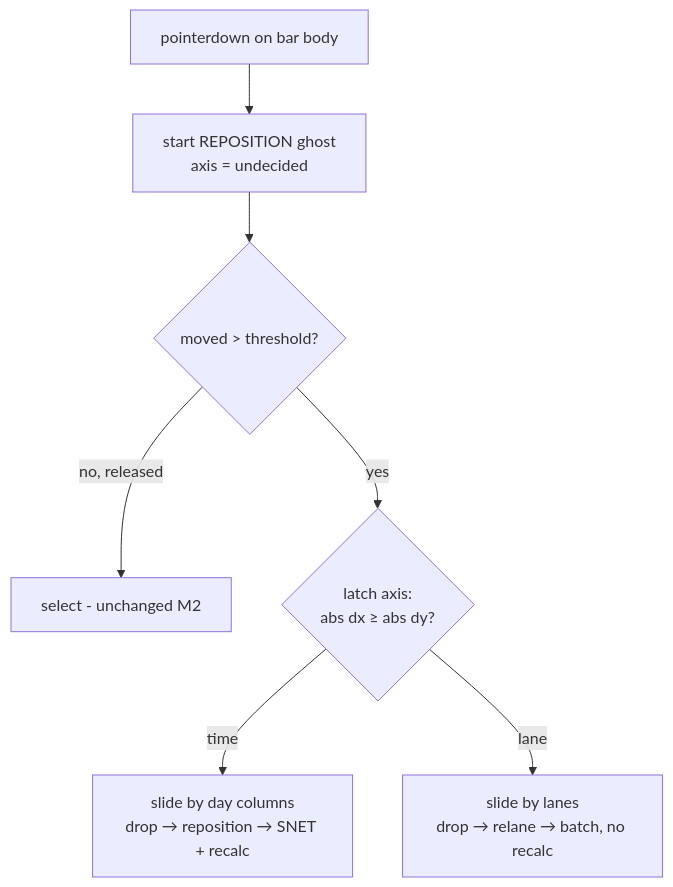
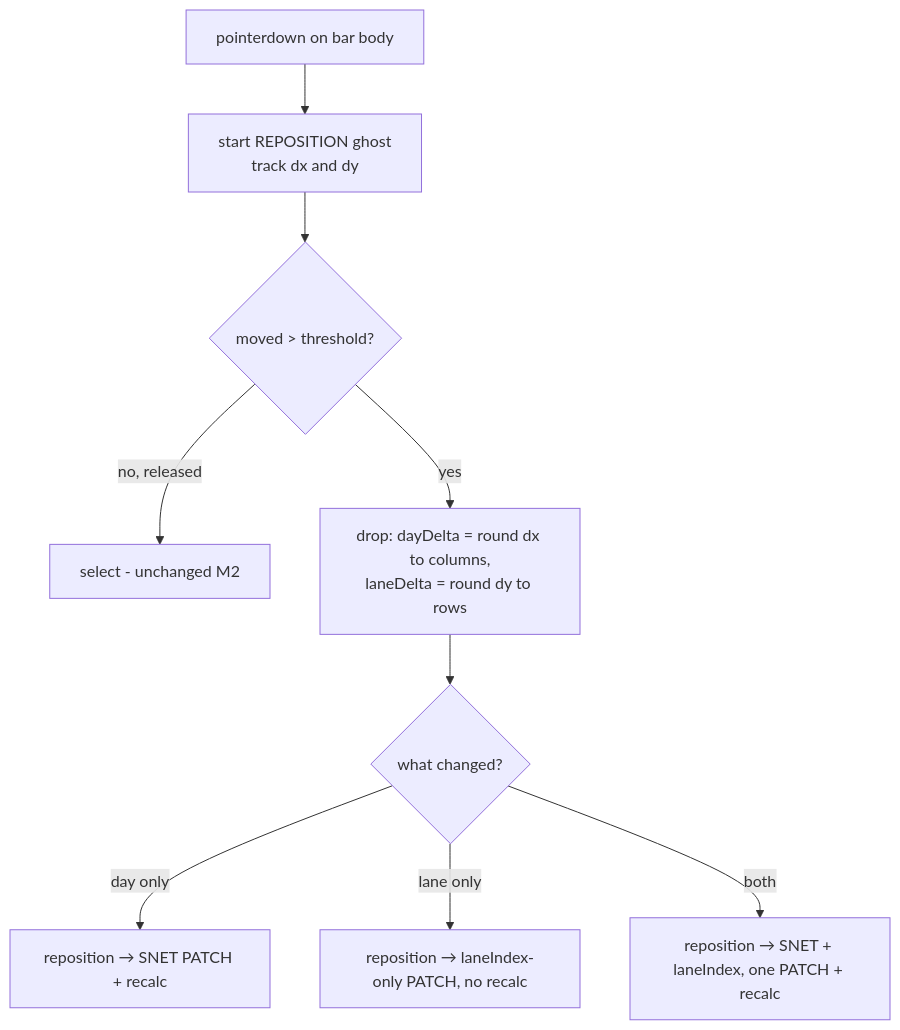
The first of 2 diagrams in docs/design/tsld-m4-layout.md (HuttonHomeHub/SchedulePoint_1), drawn with Mermaid before and after one commit. The commit also changed other lines of this file, not shown here.

````diff
--- a/docs/design/tsld-m4-layout.md
+++ b/docs/design/tsld-m4-layout.md
@@ -97,9 +97,11 @@
 ```mermaid
 flowchart TD
-  PD[pointerdown on bar body] --> RP[start REPOSITION ghost<br/>axis = undecided]
+  PD[pointerdown on bar body] --> RP[start REPOSITION ghost<br/>track dx and dy]
   RP --> MV{moved &gt; threshold?}
   MV -->|no, released| SEL[select - unchanged M2]
-  MV -->|yes| AX{latch axis:<br/>abs dx &ge; abs dy?}
-  AX -->|time| T[slide by day columns<br/>drop &rarr; reposition &rarr; SNET + recalc]
-  AX -->|lane| L[slide by lanes<br/>drop &rarr; relane &rarr; batch, no recalc]
+  MV -->|yes| DROP[drop: dayDelta = round dx to columns,<br/>laneDelta = round dy to rows]
+  DROP --> W{what changed?}
+  W -->|day only| T[reposition &rarr; SNET PATCH + recalc]
+  W -->|lane only| L[reposition &rarr; laneIndex-only PATCH, no recalc]
+  W -->|both| B[reposition &rarr; SNET + laneIndex, one PATCH + recalc]
 ```
````
